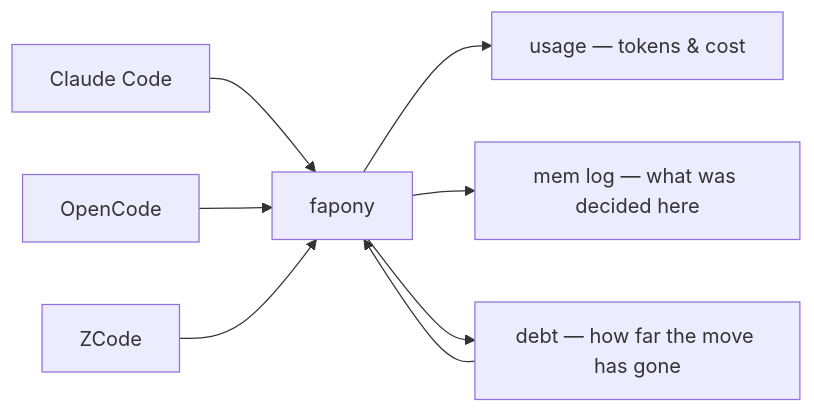
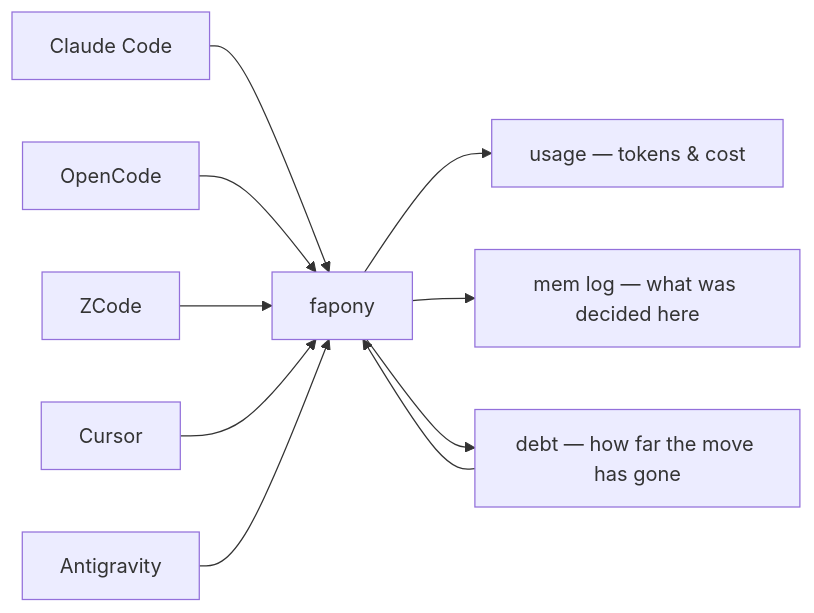
The diagram in README.md (inonix-dev/fapony), drawn with Mermaid before and after one commit. The commit also changed other lines of this file and 1 other file, not shown here.

First line of the commit message:
docs: add Antigravity to client matrix — install knows 6 clients now

````diff
--- a/README.md
+++ b/README.md
@@ -60,10 +60,12 @@
 ```mermaid
 flowchart LR
     A[Claude Code] --> F[fapony]
     B[OpenCode] --> F
     C[ZCode] --> F
     D[Codex] --> F
+    E[Cursor] --> F
+    G[Antigravity] --> F
     F --> U[usage — tokens & cost]
     F --> M[mem log — what was decided here]
     F --> D[debt — how far the move has gone]
 ```
````
